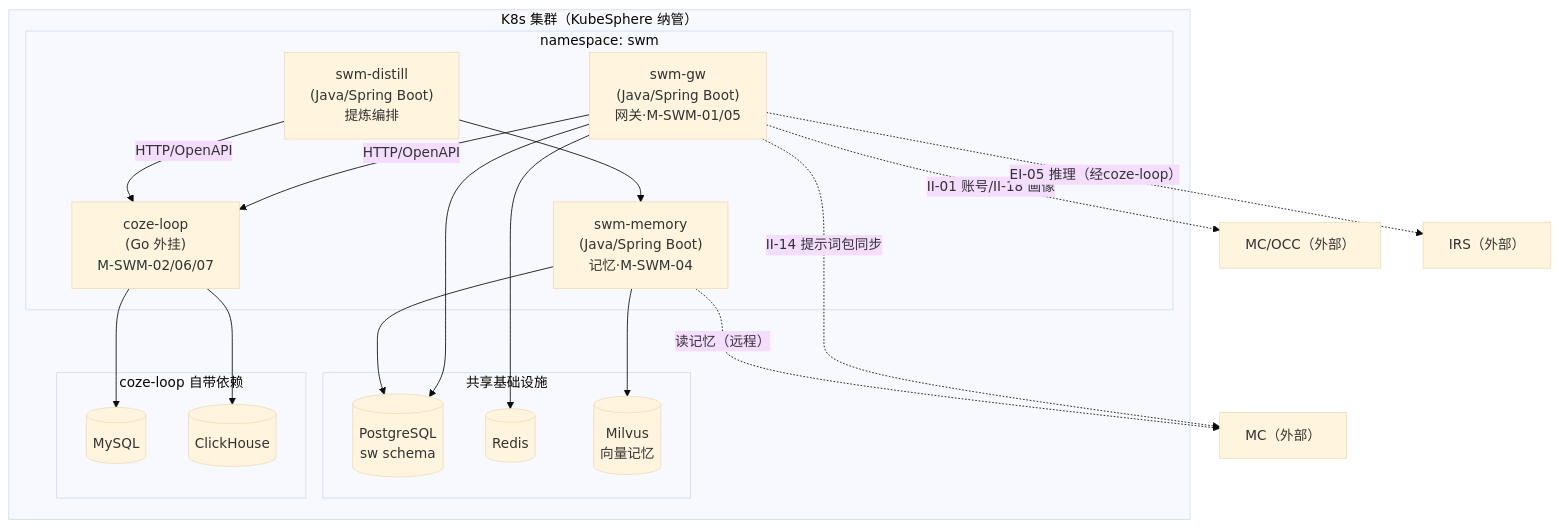
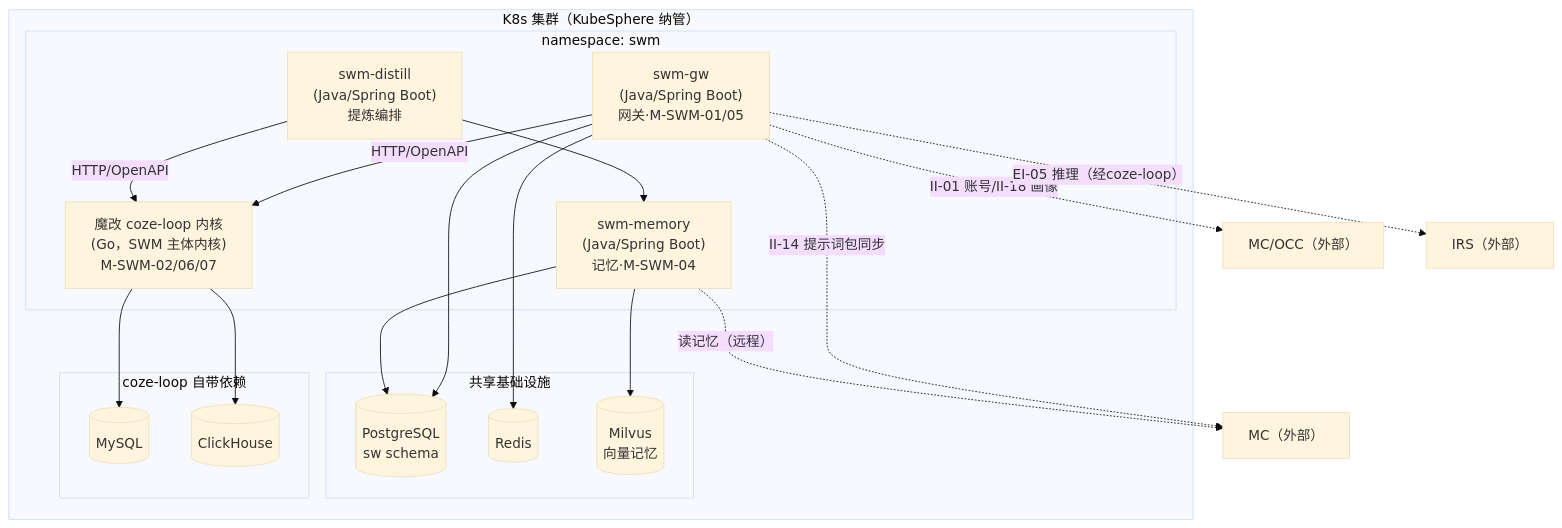
The first of 11 diagrams in 公司项目/认知作战/文档/软件详细设计说明-SWM子系统.md (Sj-g/obsidian), drawn with Mermaid (base theme) before and after one commit. The commit also changed other lines of this file and 1 other file, not shown here.

````diff
--- a/公司项目/认知作战/文档/软件详细设计说明-SWM子系统.md
+++ b/公司项目/认知作战/文档/软件详细设计说明-SWM子系统.md
@@ -97,30 +97,30 @@
 ```mermaid
 flowchart TB
     subgraph K8s["K8s 集群（KubeSphere 纳管）"]
         subgraph SWM["namespace: swm"]
             GW["swm-gw<br/>(Java/Spring Boot)<br/>网关·M-SWM-01/05"]
             MEM["swm-memory<br/>(Java/Spring Boot)<br/>记忆·M-SWM-04"]
             DIST["swm-distill<br/>(Java/Spring Boot)<br/>提炼编排"]
-            LOOP["coze-loop<br/>(Go 外挂)<br/>M-SWM-02/06/07"]
+            LOOP["魔改 coze-loop 内核<br/>(Go，SWM 主体内核)<br/>M-SWM-02/06/07"]
         end
         subgraph SHARED["共享基础设施"]
             PG[("PostgreSQL<br/>sw schema")]
             REDIS[("Redis")]
             MIL[("Milvus<br/>向量记忆")]
         end
         subgraph LOOPDEP["coze-loop 自带依赖"]
             LOOPPG[("MySQL")]
             LOOPCH[("ClickHouse")]
         end
     end
     GW -->|"HTTP/OpenAPI"| LOOP
     GW --> PG & REDIS
     MEM --> MIL & PG
     DIST -->|"HTTP/OpenAPI"| LOOP
     DIST --> MEM
     LOOP --> LOOPPG & LOOPCH
     GW -.->|"II-14 提示词包同步"| MC["MC（外部）"]
     GW -.->|"II-01 账号/II-18 画像"| EXT["MC/OCC（外部）"]
     GW -.->|"EI-05 推理（经coze-loop）"| IRS["IRS（外部）"]
     MEM -.->|"读记忆（远程）"| MC
 ```
````
